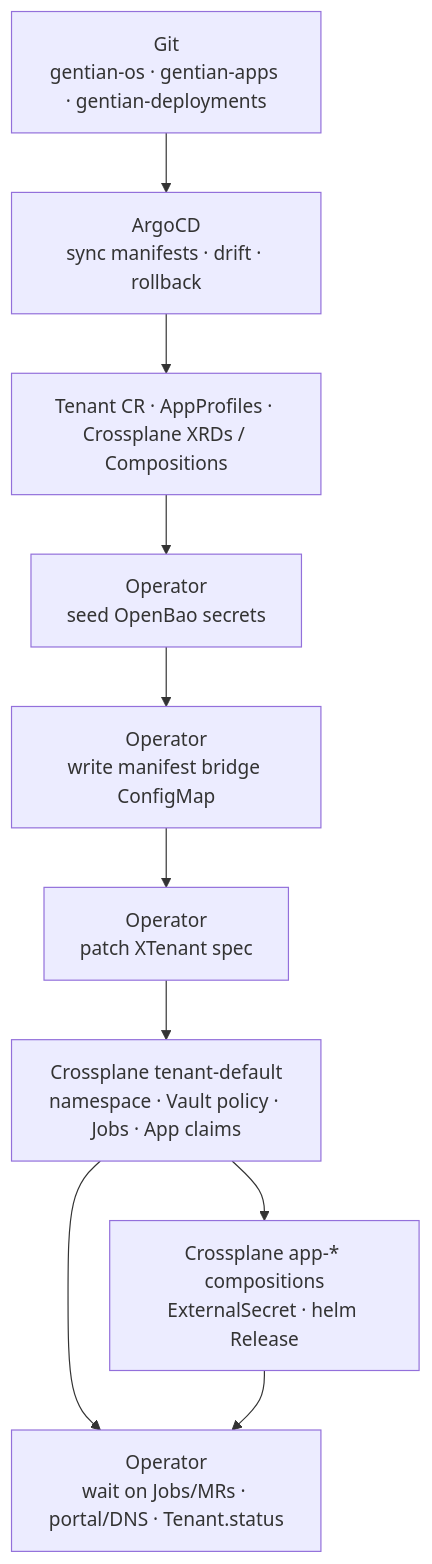
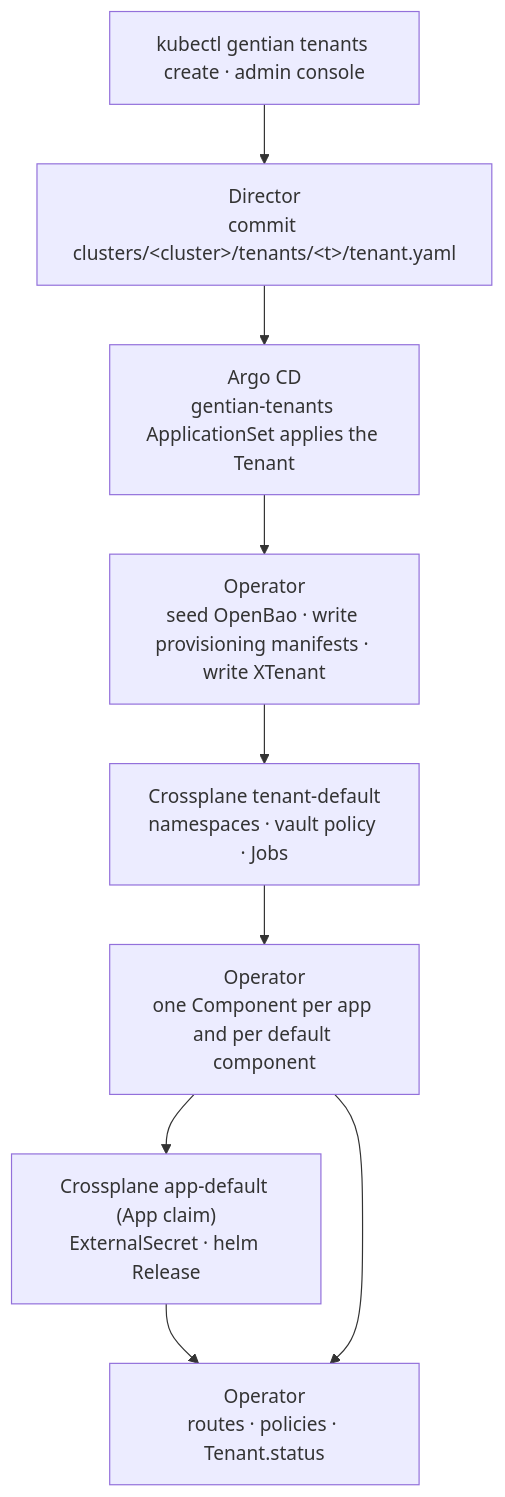
Before and after one commit to gentian-org/gentian-os: the second of 2 diagrams in docs/architecture.md, drawn with Mermaid. The commit also changed other lines of this file and 27 other files, not shown here.

````diff
--- a/docs/architecture.md
+++ b/docs/architecture.md
@@ -98,24 +93,15 @@
 ```mermaid
 flowchart TD
-    git["Git<br/>gentian-os · gentian-apps · gentian-deployments"]
+    req["kubectl gentian tenants create · admin console"]
+    dir["Director<br/>commit clusters/&lt;cluster&gt;/tenants/&lt;t&gt;/tenant.yaml"]
+    ac["Argo CD<br/>gentian-tenants ApplicationSet applies the Tenant"]
+    op1["Operator<br/>seed OpenBao · write provisioning manifests · write XTenant"]
+    xp1["Crossplane tenant-default<br/>namespaces · vault policy · Jobs"]
+    op2["Operator<br/>one Component per app and per default component"]
+    xp2["Crossplane app-default (App claim)<br/>ExternalSecret · helm Release"]
+    op3["Operator<br/>routes · policies · Tenant.status"]
 
-    ac["ArgoCD<br/>sync manifests · drift · rollback"]
-    tcr["Tenant CR · AppProfiles · Crossplane XRDs / Compositions"]
-
-    op1["Operator<br/>seed OpenBao secrets"]
-    op2["Operator<br/>write manifest bridge ConfigMap"]
-    op3["Operator<br/>patch XTenant spec"]
-
-    xp1["Crossplane tenant-default<br/>namespace · Vault policy · Jobs · App claims"]
-    xp2["Crossplane app-* compositions<br/>ExternalSecret · helm Release"]
-
-    op4["Operator<br/>wait on Jobs/MRs · portal/DNS · Tenant.status"]
-
-    git --> ac
-    ac --> tcr
-    tcr --> op1 --> op2 --> op3
-    op3 --> xp1
-    xp1 --> xp2
-    xp1 --> op4
-    xp2 --> op4
+    req --> dir --> ac --> op1 --> xp1 --> op2
+    op2 --> xp2 --> op3
+    op2 --> op3
 ```
````
